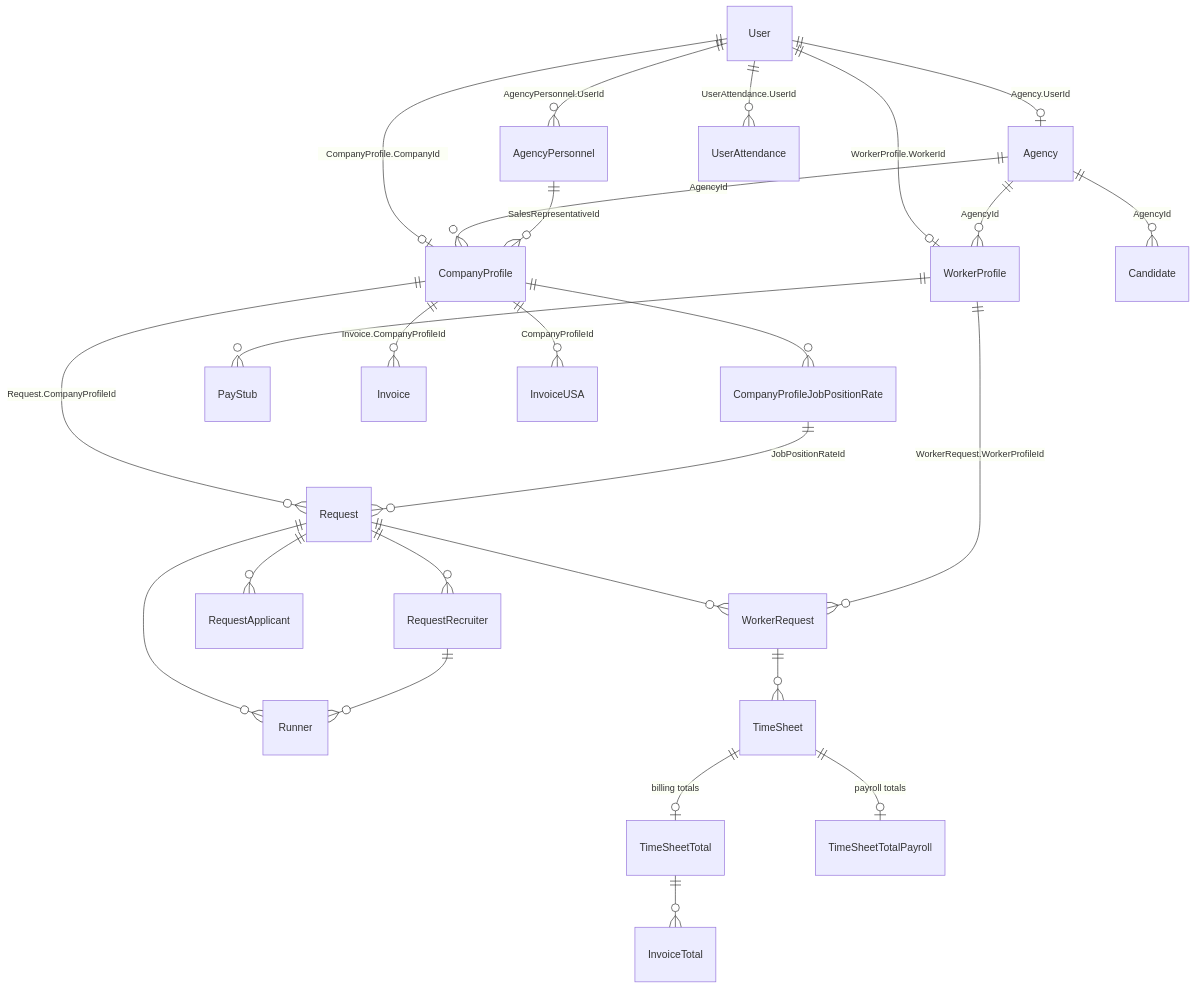
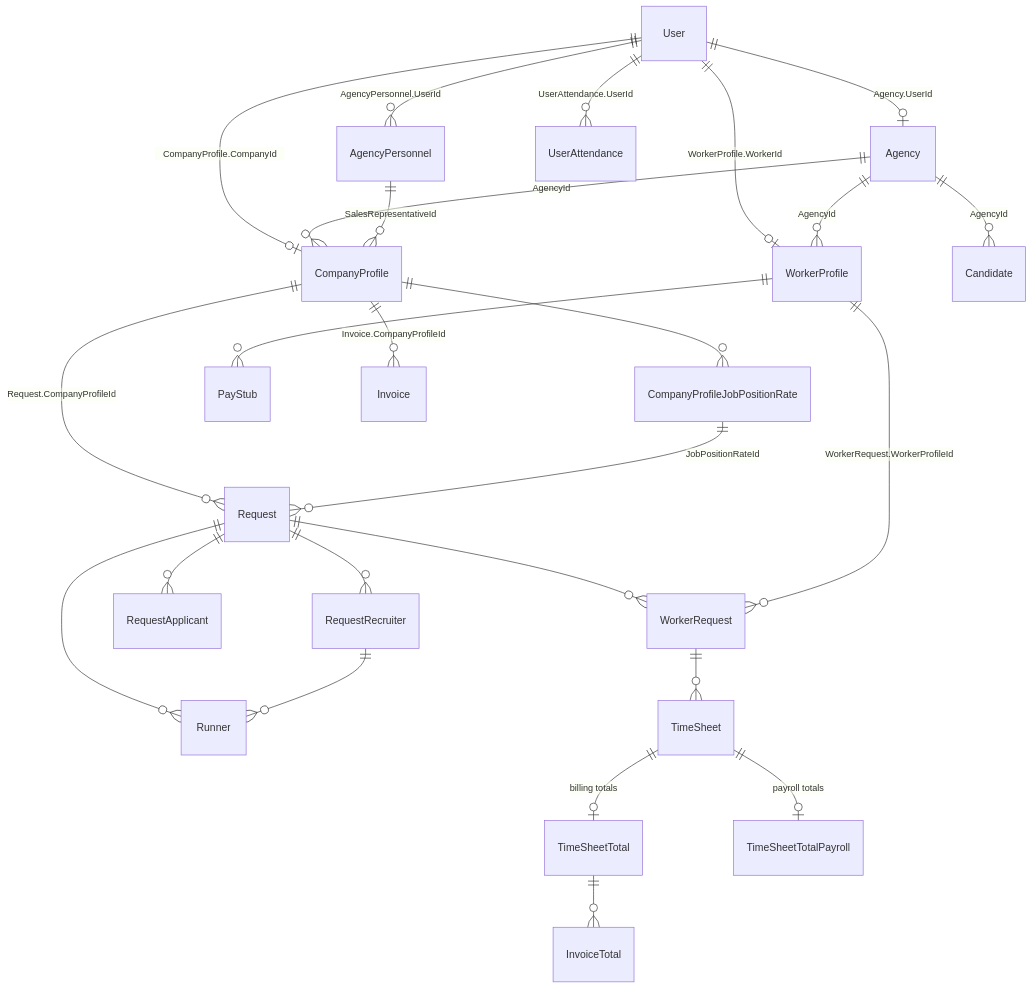
The diagram in .docs/technical/ENTITIES_RELATIONSHIPS.md (sigook/Applications), drawn with Mermaid before and after one commit. The commit also changed other lines of this file and 119 other files, not shown here.

````diff
--- a/.docs/technical/ENTITIES_RELATIONSHIPS.md
+++ b/.docs/technical/ENTITIES_RELATIONSHIPS.md
@@ -12,28 +12,27 @@
 ```mermaid
 erDiagram
     User ||--o| Agency : "Agency.UserId"
     User ||--o| CompanyProfile : "CompanyProfile.CompanyId"
     User ||--o| WorkerProfile : "WorkerProfile.WorkerId"
     User ||--o{ AgencyPersonnel : "AgencyPersonnel.UserId"
     User ||--o{ UserAttendance : "UserAttendance.UserId"
     Agency ||--o{ CompanyProfile : "AgencyId"
     Agency ||--o{ WorkerProfile : "AgencyId"
     Agency ||--o{ Candidate : "AgencyId"
     AgencyPersonnel ||--o{ CompanyProfile : "SalesRepresentativeId"
     CompanyProfile ||--o{ CompanyProfileJobPositionRate : ""
     CompanyProfile ||--o{ Request : "Request.CompanyProfileId"
     CompanyProfileJobPositionRate ||--o{ Request : "JobPositionRateId"
     Request ||--o{ WorkerRequest : ""
     Request ||--o{ RequestApplicant : ""
     Request ||--o{ Runner : ""
     Request ||--o{ RequestRecruiter : ""
     RequestRecruiter ||--o{ Runner : ""
     WorkerProfile ||--o{ WorkerRequest : "WorkerRequest.WorkerProfileId"
     WorkerRequest ||--o{ TimeSheet : ""
     TimeSheet ||--o| TimeSheetTotal : "billing totals"
     TimeSheet ||--o| TimeSheetTotalPayroll : "payroll totals"
     WorkerProfile ||--o{ PayStub : ""
     CompanyProfile ||--o{ Invoice : "Invoice.CompanyProfileId"
-    CompanyProfile ||--o{ InvoiceUSA : "CompanyProfileId"
     TimeSheetTotal ||--o{ InvoiceTotal : ""
 ```
````
